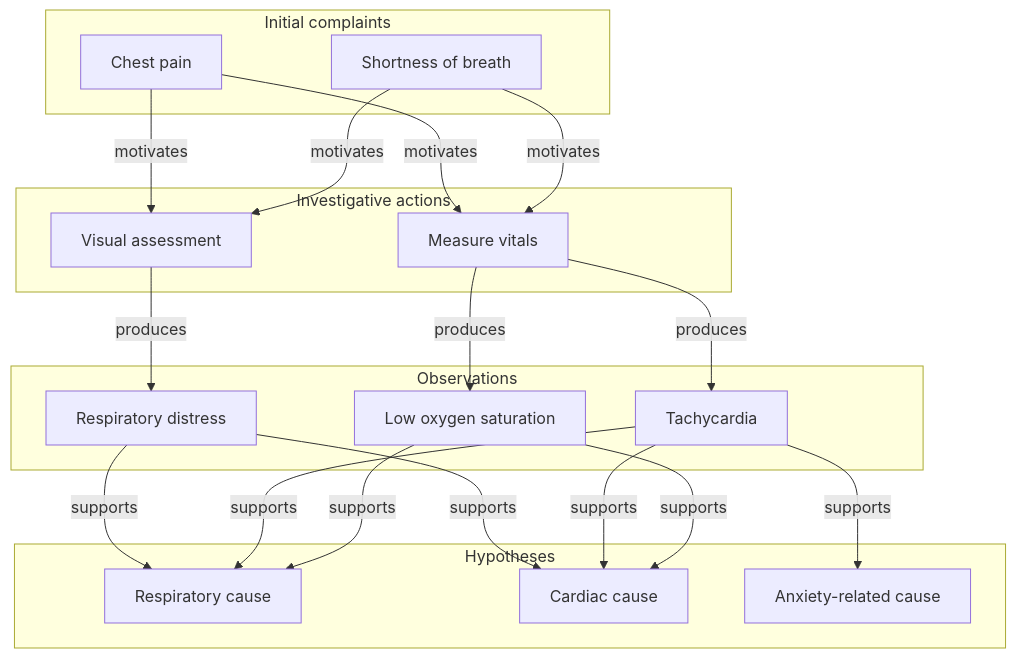
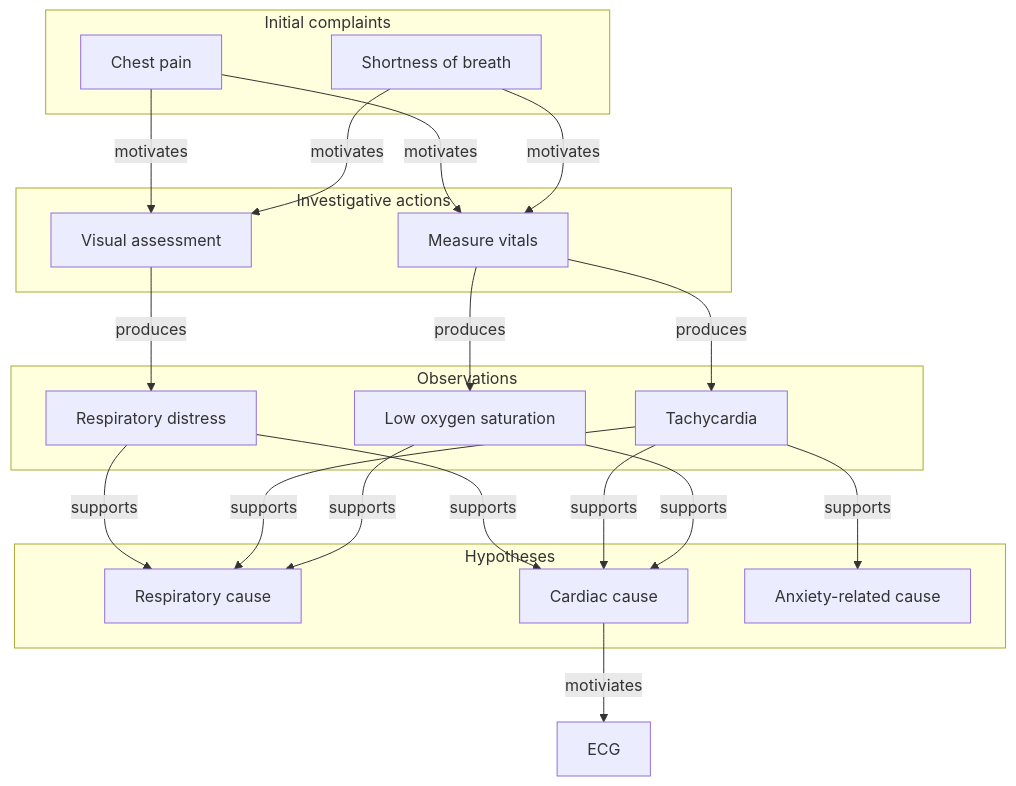
One commit to kahunacohen/why changed the diagram in diagrams/medical.mmd. Above: the diagram before and after it, drawn with Mermaid.

```diff
--- a/diagrams/medical.mmd
+++ b/diagrams/medical.mmd
@@ -1,42 +1,45 @@
 flowchart TD
 
   subgraph complaints["Initial complaints"]
     C1["Chest pain"]
     C2["Shortness of breath"]
   end
 
   subgraph actions["Investigative actions"]
     A1["Visual assessment"]
     A2["Measure vitals"]
   end
 
   C1 -->|motivates| A1
   C2 -->|motivates| A1
   C1 -->|motivates| A2
   C2 -->|motivates| A2
 
   subgraph observations["Observations"]
     O1["Respiratory distress"]
     O2["Tachycardia"]
     O3["Low oxygen saturation"]
   end
 
   A1 -->|produces| O1
   A2 -->|produces| O2
   A2 -->|produces| O3
 
   subgraph hypotheses["Hypotheses"]
     H1["Respiratory cause"]
     H2["Cardiac cause"]
     H3["Anxiety-related cause"]
   end
 
   O1 -->|supports| H1
   O1 -->|supports| H2
 
   O2 -->|supports| H1
   O2 -->|supports| H2
   O2 -->|supports| H3
 
   O3 -->|supports| H1
   O3 -->|supports| H2
+
+  A3["ECG"]
+  H2 -->|motiviates| A3
```
